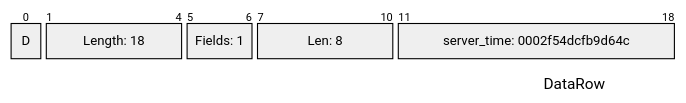
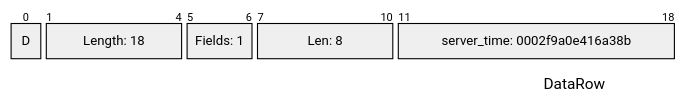
Before and after one commit to xfischer/pg_protoexport: diagram 22 of 29 in docs/examples/exports/pagila-03-simple-query-batched-statements/capture.mermaid.pkt.md, drawn with Mermaid. The commit also changed 135 other files, not shown here.

````diff
--- a/docs/examples/exports/pagila-03-simple-query-batched-statements/capture.mermaid.pkt.md
+++ b/docs/examples/exports/pagila-03-simple-query-batched-statements/capture.mermaid.pkt.md
@@ -318,14 +318,14 @@
 ```mermaid
 ---
 title: "DataRow"
 config:
   packet:
     bitsPerRow: 32
 ---
 packet
     +1: "D"
     +4: "Length: 18"
     +2: "Fields: 1"
     +4: "Len: 8"
-    +8: "server_time: 0002f54dcfb9d64c"
+    +8: "server_time: 0002f9a0e416a38b"
 ```
````
